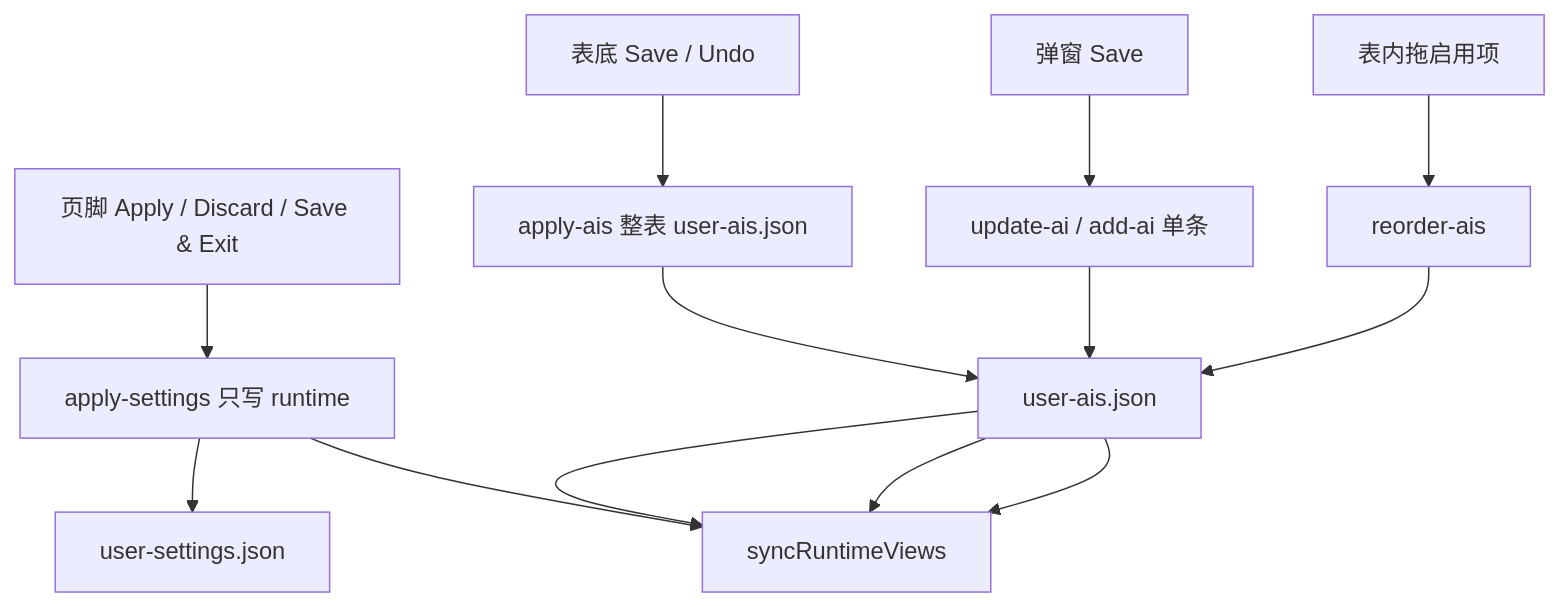
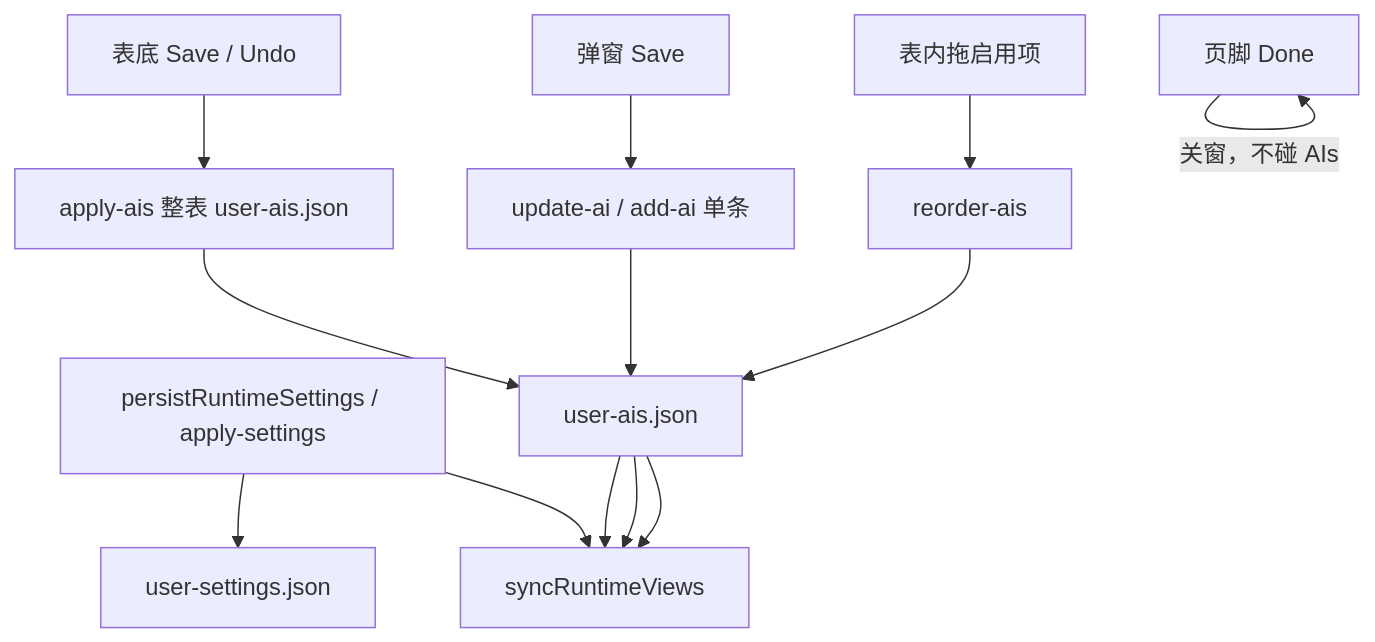
Before and after one commit to Kane-Kuroneko/electron-reaxes-react: the diagram in projects/ChatAIO/docs/features/manage-ais-save-scopes.md, drawn with Mermaid. The commit also changed other lines of this file and 84 other files, not shown here.

````diff
--- a/projects/ChatAIO/docs/features/manage-ais-save-scopes.md
+++ b/projects/ChatAIO/docs/features/manage-ais-save-scopes.md
@@ -23,20 +25,21 @@
 ```mermaid
 flowchart TD
-  footer["页脚 Apply / Discard / Save & Exit"]
+  footer["页脚 Done"]
+  persist["persistRuntimeSettings / apply-settings"]
   tableSave["表底 Save / Undo"]
   modalSave["弹窗 Save"]
   drag["表内拖启用项"]
-  applySettings["apply-settings 只写 runtime"]
   applyAIs["apply-ais 整表 user-ais.json"]
   updateAI["update-ai / add-ai 单条"]
   reorder["reorder-ais"]
   diskSettings["user-settings.json"]
   diskAIs["user-ais.json"]
   sync["syncRuntimeViews"]
 
-  footer --> applySettings --> diskSettings
-  applySettings --> sync
+  persist --> diskSettings
+  persist --> sync
+  footer -->|"关窗，不碰 AIs"| footer
   tableSave --> applyAIs --> diskAIs --> sync
   modalSave --> updateAI --> diskAIs --> sync
   drag --> reorder --> diskAIs --> sync
 ```
````
